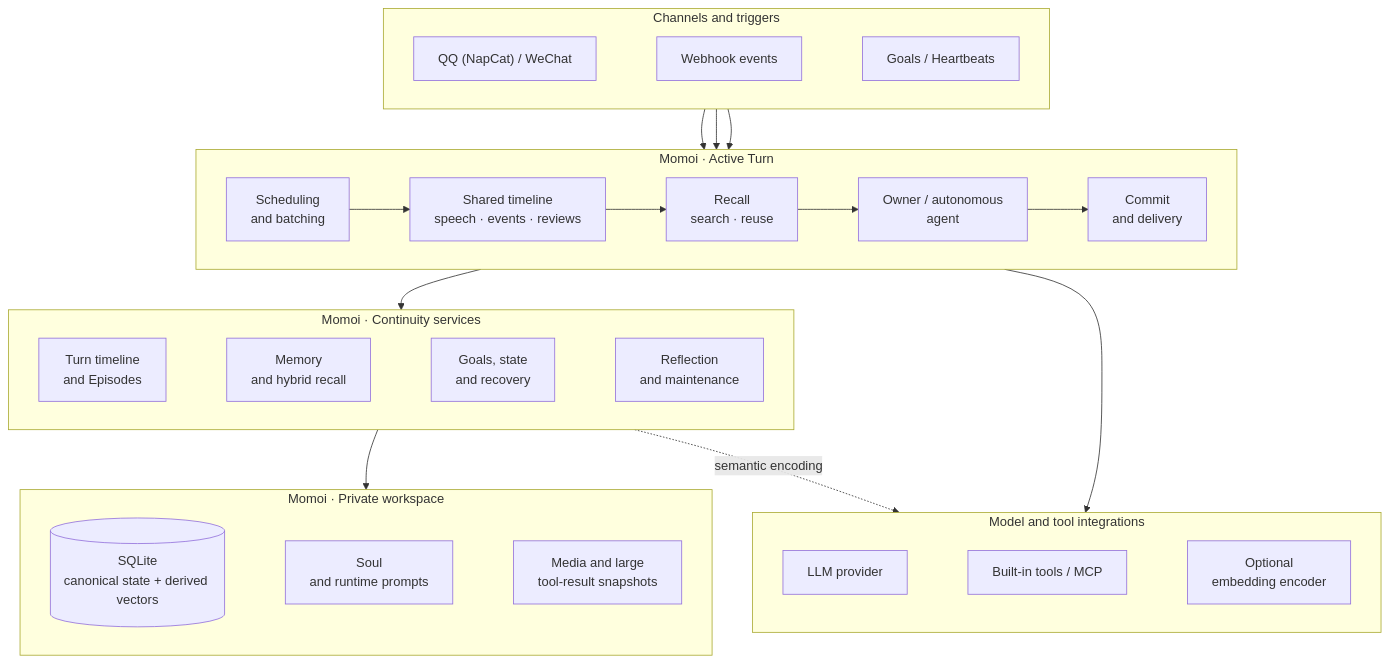
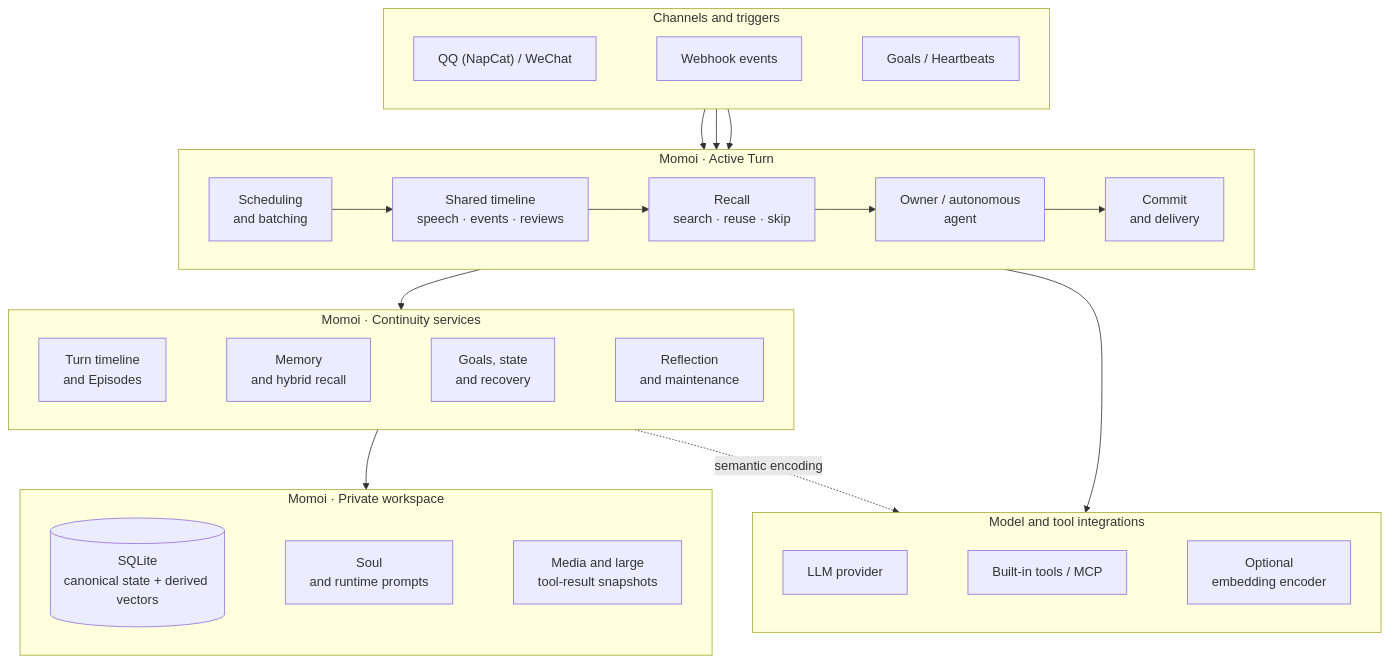
Before and after one commit to RicterZ/Momoi: the first of 2 diagrams in README.md, drawn with Mermaid. The commit also changed other lines of this file and 7 other files, not shown here.

````diff
--- a/README.md
+++ b/README.md
@@ -48,53 +49,53 @@
 ```mermaid
 flowchart TB
   subgraph triggers["Channels and triggers"]
     direction LR
     chat["QQ (NapCat) / WeChat"]
     webhook["Webhook events"]
     clock["Goals / Heartbeats"]
     chat ~~~ webhook ~~~ clock
   end
 
   subgraph active["Momoi · Active Turn"]
     direction LR
     intake["Scheduling<br/>and batching"]
     transcript["Shared timeline<br/>speech · events · reviews"]
-    context["Recall<br/>search · reuse"]
+    context["Recall<br/>search · reuse · skip"]
     agent["Owner / autonomous<br/>agent"]
     delivery["Commit<br/>and delivery"]
     intake --> transcript --> context --> agent --> delivery
   end
 
   subgraph continuity["Momoi · Continuity services"]
     direction LR
     timeline["Turn timeline<br/>and Episodes"]
     memory["Memory<br/>and hybrid recall"]
     time["Goals, state<br/>and recovery"]
     upkeep["Reflection<br/>and maintenance"]
     timeline ~~~ memory ~~~ time ~~~ upkeep
   end
 
   subgraph workspace["Momoi · Private workspace"]
     direction LR
     sqlite[("SQLite<br/>canonical state + derived vectors")]
     prompts["Soul<br/>and runtime prompts"]
     files["Media and large<br/>tool-result snapshots"]
     sqlite ~~~ prompts ~~~ files
   end
 
   subgraph external["Model and tool integrations"]
     direction LR
     llm["LLM provider"]
     tools["Built-in tools / MCP"]
     embedding["Optional<br/>embedding encoder"]
     llm ~~~ tools ~~~ embedding
   end
 
   chat --> intake
   webhook --> intake
   clock --> intake
   active --> continuity
   continuity --> workspace
   active --> external
   continuity -. "semantic encoding" .-> external
 ```
````
